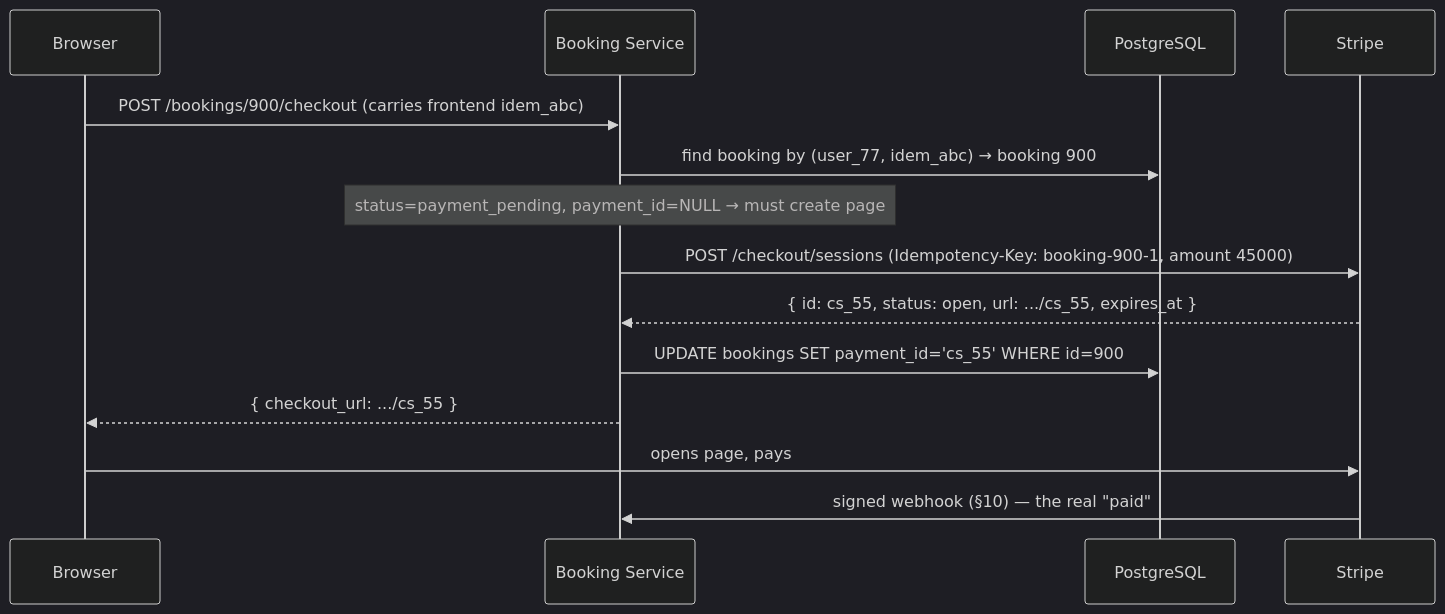
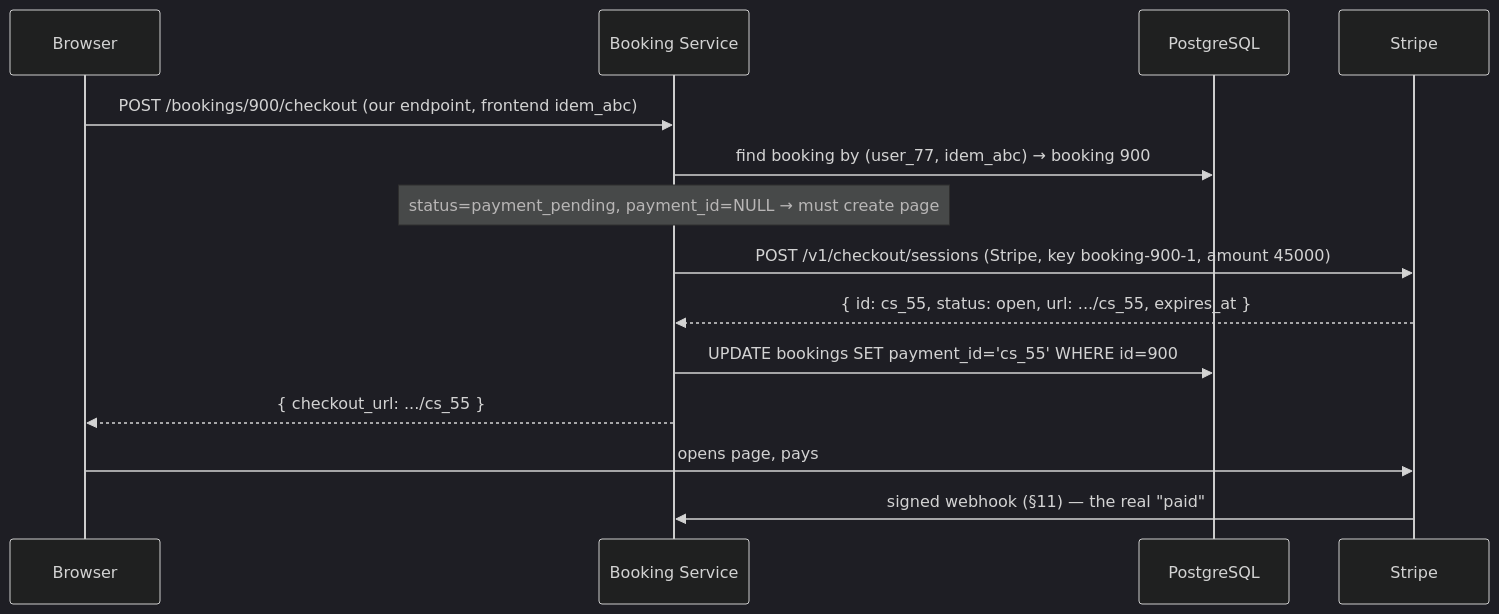
The third of 6 diagrams in system-design/new/03. bookMyShow.md (psquared-dev/java-questions), drawn with Mermaid (dark theme) before and after one commit. The commit also changed other lines of this file, not shown here.

````diff
--- a/system-design/new/03. bookMyShow.md
+++ b/system-design/new/03. bookMyShow.md
@@ -664,16 +674,16 @@
 ```mermaid
 sequenceDiagram
     participant U as Browser
     participant BK as Booking Service
     participant PG as PostgreSQL
     participant S as Stripe
-    U ->> BK: POST /bookings/900/checkout (carries frontend idem_abc)
+    U ->> BK: POST /bookings/900/checkout (our endpoint, frontend idem_abc)
     BK ->> PG: find booking by (user_77, idem_abc) → booking 900
     Note over BK: status=payment_pending, payment_id=NULL → must create page
-    BK ->> S: POST /checkout/sessions (Idempotency-Key: booking-900-1, amount 45000)
+    BK ->> S: POST /v1/checkout/sessions (Stripe, key booking-900-1, amount 45000)
     S -->> BK: { id: cs_55, status: open, url: .../cs_55, expires_at }
     BK ->> PG: UPDATE bookings SET payment_id='cs_55' WHERE id=900
     BK -->> U: { checkout_url: .../cs_55 }
     U ->> S: opens page, pays
-    S ->> BK: signed webhook (§10) — the real "paid"
+    S ->> BK: signed webhook (§11) — the real "paid"
 ```
````
